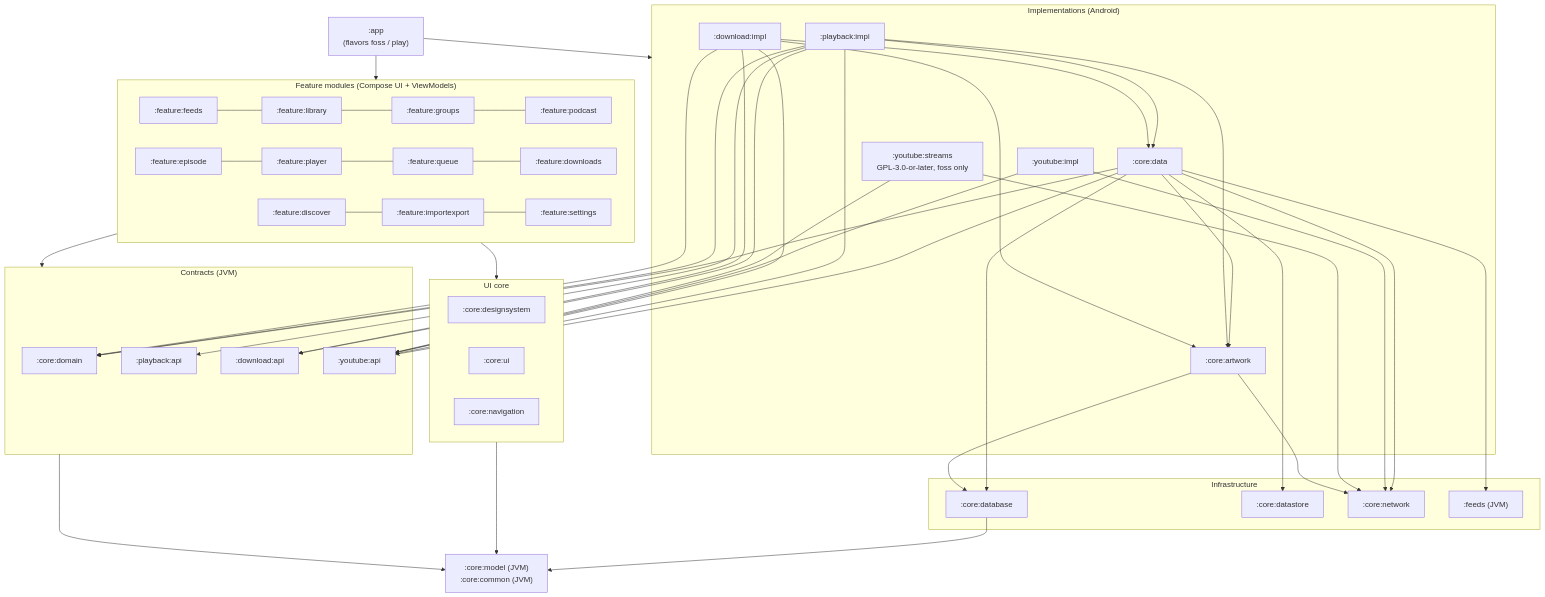
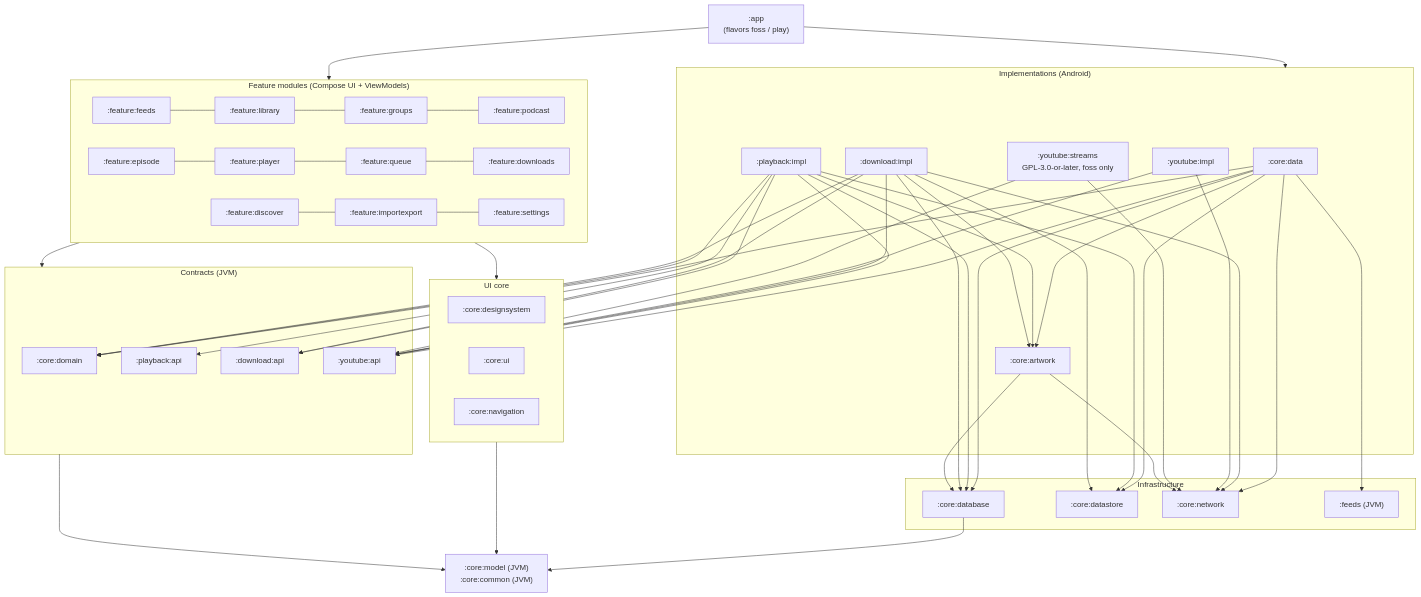
The first of 4 diagrams in docs/PLAN.md (BigBoyDevBox/Neutrodyne), drawn with Mermaid before and after one commit. The commit also changed other lines of this file, not shown here.

````diff
--- a/docs/PLAN.md
+++ b/docs/PLAN.md
@@ -396,57 +396,57 @@
 ```mermaid
 flowchart TB
   app[":app<br/>(flavors foss / play)"]
 
   subgraph F["Feature modules (Compose UI + ViewModels)"]
     direction LR
     ff[":feature:feeds"] --- fl[":feature:library"] --- fg[":feature:groups"] --- fp[":feature:podcast"]
     fe[":feature:episode"] --- fpl[":feature:player"] --- fq[":feature:queue"] --- fd[":feature:downloads"]
     fdi[":feature:discover"] --- fie[":feature:importexport"] --- fs[":feature:settings"]
   end
 
   subgraph UI["UI core"]
     ds[":core:designsystem"]
     cui[":core:ui"]
     nav[":core:navigation"]
   end
 
   subgraph API["Contracts (JVM)"]
     dom[":core:domain"]
     pa[":playback:api"]
     da[":download:api"]
     ya[":youtube:api"]
   end
 
   subgraph IMPL["Implementations (Android)"]
     data[":core:data"]
     pi[":playback:impl"]
     di[":download:impl"]
     yi[":youtube:impl"]
     ys[":youtube:streams<br/>GPL-3.0-or-later, foss only"]
     art[":core:artwork"]
   end
 
   subgraph INFRA["Infrastructure"]
     db[":core:database"]
     dsx[":core:datastore"]
     net[":core:network"]
     feeds[":feeds (JVM)"]
   end
 
   base[":core:model (JVM)<br/>:core:common (JVM)"]
 
   app --> F
   app --> IMPL
   F --> UI
   F --> API
   UI --> base
   API --> base
   data --> dom
   data --> db & dsx & net & feeds & art & ya
-  pi --> pa & dom & da & ya & art & data
-  di --> da & dom & ya & art & data
+  pi --> pa & dom & da & ya & art & db & dsx
+  di --> da & dom & ya & art & db & dsx & net
   yi --> ya & net
   ys --> ya & net
   art --> db & net
   db --> base
 ```
````
